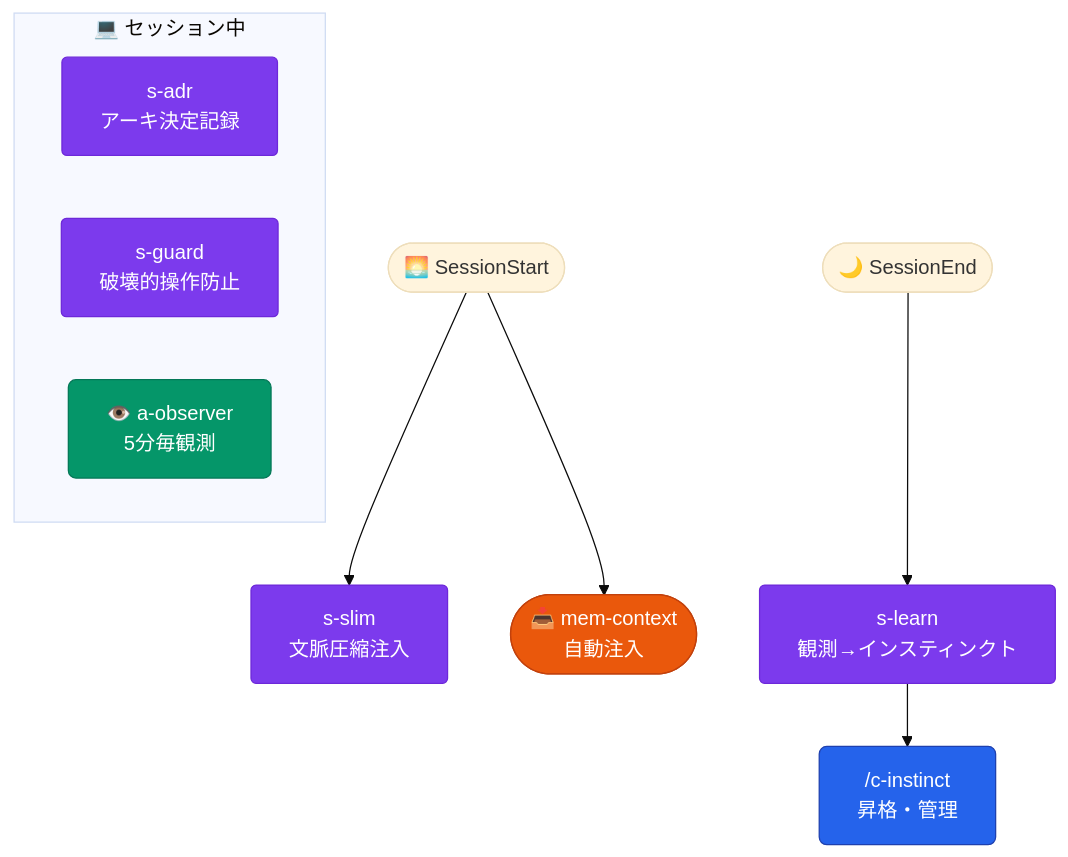
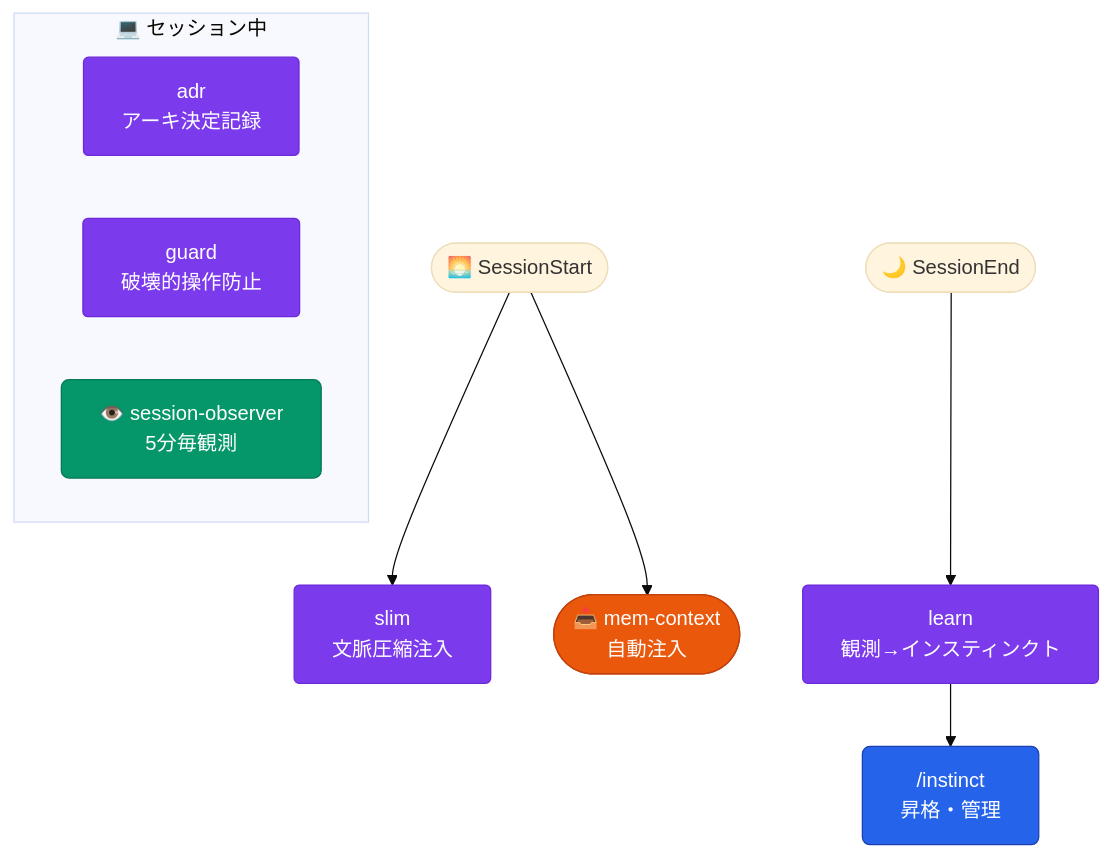
Before and after one commit to aokumablue/claq: the eighth of 12 diagrams in plugins/deepblue/README.md, drawn with Mermaid (base theme). The commit also changed other lines of this file and 125 other files, not shown here.

````diff
--- a/plugins/deepblue/README.md
+++ b/plugins/deepblue/README.md
@@ -203,20 +203,21 @@
 ```mermaid
 flowchart TD
   classDef cmd    fill:#2563eb,stroke:#1e40af,color:#fff,rx:6
   classDef agent  fill:#059669,stroke:#047857,color:#fff,rx:6
   classDef auto   fill:#ea580c,stroke:#c2410c,color:#fff,rx:4
   classDef skill  fill:#7c3aed,stroke:#6d28d9,color:#fff,rx:4
 
-  SS(["🌅 SessionStart"]) --> SL["s-slim\n文脈圧縮注入"]:::skill
+  SS(["🌅 SessionStart"]) --> SL["slim\n文脈圧縮注入"]:::skill
   SS --> MC(["📥 mem-context\n自動注入"]):::auto
 
   subgraph session["💻 セッション中"]
     direction LR
-    SAD["s-adr\nアーキ決定記録"]:::skill
-    SGU["s-guard\n破壊的操作防止"]:::skill
-    AO["👁️ a-observer\n5分毎観測"]:::agent
+    SAD["adr\nアーキ決定記録"]:::skill
+    SGU["guard\n破壊的操作防止"]:::skill
+    AO["👁️ session-observer
+5分毎観測"]:::agent
   end
 
-  SE(["🌙 SessionEnd"]) --> SLE["s-learn\n観測→インスティンクト"]:::skill
-  SLE --> CI["/c-instinct\n昇格・管理"]:::cmd
+  SE(["🌙 SessionEnd"]) --> SLE["learn\n観測→インスティンクト"]:::skill
+  SLE --> CI["/instinct\n昇格・管理"]:::cmd
 ```
````
